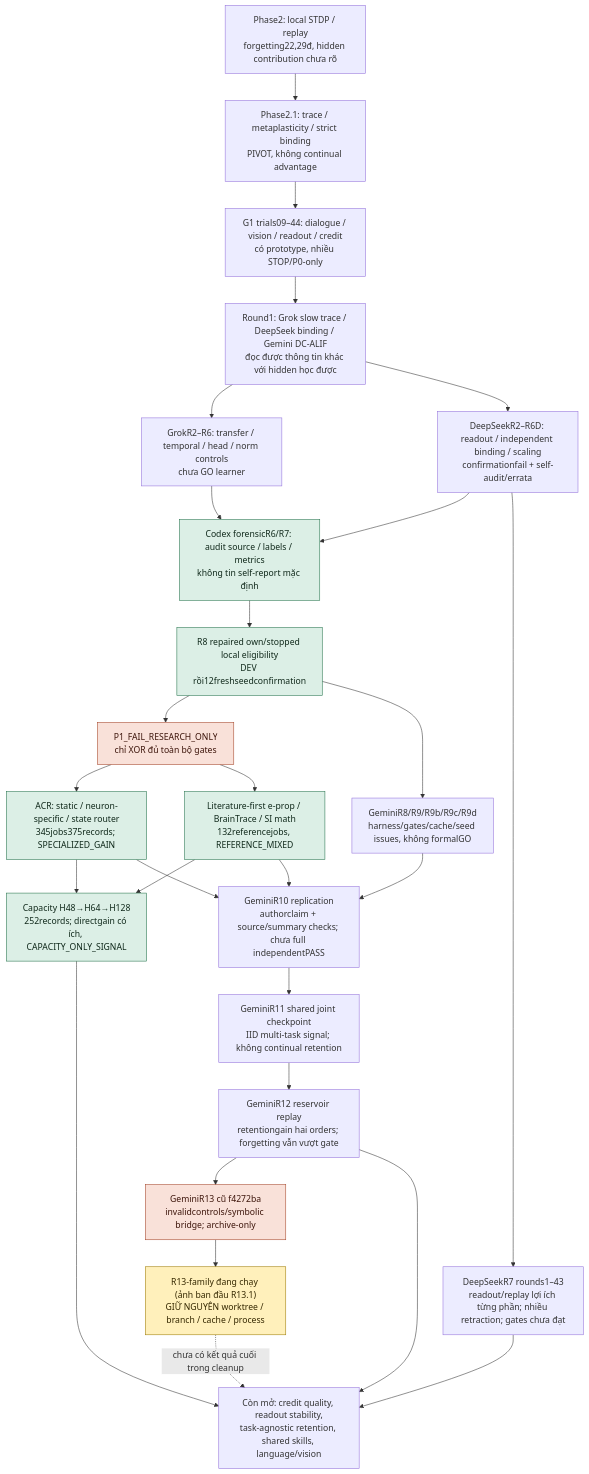
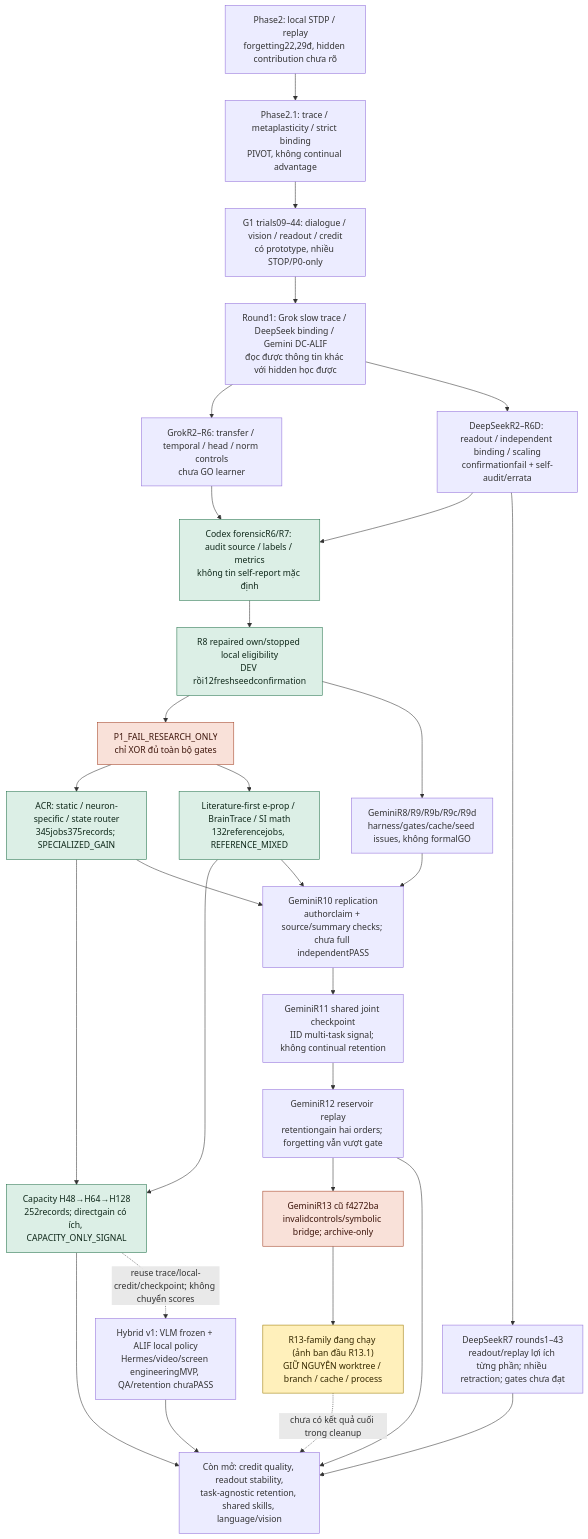
Before and after one commit to AKANEMO22/SCAR-X: the first of 2 diagrams in docs/research/EXPERIMENT_MAP.md, drawn with Mermaid. The commit also changed 74 other files, not shown here.

Commit message:
Add isolated native-precision SCAR-X hybrid gateway and Hermes integration

````diff
--- a/docs/research/EXPERIMENT_MAP.md
+++ b/docs/research/EXPERIMENT_MAP.md
@@ -7,44 +7,47 @@
 ```mermaid
 flowchart TD
   P2["Phase2: local STDP / replay<br/>forgetting22,29đ, hidden contribution chưa rõ"]
   P21["Phase2.1: trace / metaplasticity / strict binding<br/>PIVOT, không continual advantage"]
   G1["G1 trials09–44: dialogue / vision / readout / credit<br/>có prototype, nhiều STOP/P0-only"]
   R1["Round1: Grok slow trace / DeepSeek binding / Gemini DC-ALIF<br/>đọc được thông tin khác với hidden học được"]
   GH["GrokR2–R6: transfer / temporal / head / norm controls<br/>chưa GO learner"]
   DH["DeepSeekR2–R6D: readout / independent binding / scaling<br/>confirmationfail + self-audit/errata"]
   D7["DeepSeekR7 rounds1–43<br/>readout/replay lợi ích từng phần; nhiều retraction; gates chưa đạt"]
   F["Codex forensicR6/R7: audit source / labels / metrics<br/>không tin self-report mặc định"]
   R8["R8 repaired own/stopped local eligibility<br/>DEV rồi12freshseedconfirmation"]
   P1F["P1_FAIL_RESEARCH_ONLY<br/>chỉ XOR đủ toàn bộ gates"]
   ACR["ACR: static / neuron-specific / state router<br/>345jobs375records; SPECIALIZED_GAIN"]
   LIT["Literature-first e-prop / BrainTrace / SI math<br/>132referencejobs, REFERENCE_MIXED"]
   CAP["Capacity H48→H64→H128<br/>252records; directgain có ích, CAPACITY_ONLY_SIGNAL"]
   G9["GeminiR8/R9/R9b/R9c/R9d<br/>harness/gates/cache/seed issues, không formalGO"]
   G10["GeminiR10 replication<br/>authorclaim + source/summary checks; chưa full independentPASS"]
   G11["GeminiR11 shared joint checkpoint<br/>IID multi-task signal; không continual retention"]
   G12["GeminiR12 reservoir replay<br/>retentiongain hai orders; forgetting vẫn vượt gate"]
   G13["GeminiR13 cũ f4272ba<br/>invalidcontrols/symbolic bridge; archive-only"]
   LIVE["R13-family đang chạy (ảnh ban đầu R13.1)<br/>GIỮ NGUYÊN worktree / branch / cache / process"]
   NEXT["Còn mở: credit quality, readout stability,<br/>task-agnostic retention, shared skills, language/vision"]
+  HYB["Hybrid v1: VLM frozen + ALIF local policy<br/>Hermes/video/screen engineeringMVP, QA/retention chưaPASS"]
   P2-->P21-->G1-->R1
   R1-->GH-->F
   R1-->DH-->F
   DH-->D7
   F-->R8-->P1F-->ACR
   P1F-->LIT
   ACR-->CAP
   LIT-->CAP
   R8-->G9-->G10-->G11-->G12-->G13-->LIVE
   LIT-->G10
   ACR-->G10
   D7-->NEXT
   CAP-->NEXT
+  CAP-."reuse trace/local-credit/checkpoint; không chuyển scores".->HYB
+  HYB-->NEXT
   G12-->NEXT
   LIVE-."chưa có kết quả cuối trong cleanup".->NEXT
   classDef measured fill:#dcefe6,stroke:#25734c,color:#10291b
   classDef blocked fill:#f9e1d9,stroke:#a34226,color:#3d150b
   classDef active fill:#fff0bb,stroke:#9c7a00,color:#352800
   class ACR,LIT,CAP,F,R8 measured
   class P1F,G13 blocked
   class LIVE active
 ```
````
